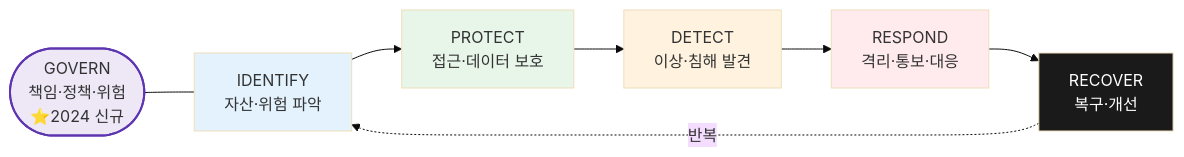
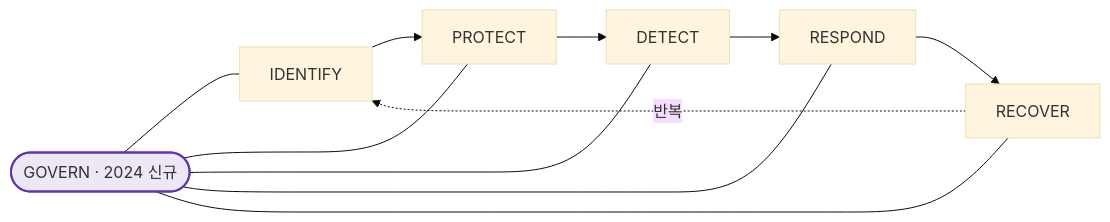
Before and after one commit to KMUTMU/information-security: the fifth of 5 diagrams in 01_보안개념_CIA_정리.md, drawn with Mermaid (base theme). The commit also changed other lines of this file and 5 other files, not shown here.

Commit message:
Mermaid 다이어그램 가독성 개선: 짧은 라벨·이모지 제거·색상 최소화

````diff
--- a/01_보안개념_CIA_정리.md
+++ b/01_보안개념_CIA_정리.md
@@ -182,16 +171,12 @@
 ```mermaid
 flowchart LR
-    G(["GOVERN<br/>책임·정책·위험<br/>⭐2024 신규"])
-    G --- ID["IDENTIFY<br/>자산·위험 파악"]
-    ID --> PR["PROTECT<br/>접근·데이터 보호"]
-    PR --> DE["DETECT<br/>이상·침해 발견"]
-    DE --> RE["RESPOND<br/>격리·통보·대응"]
-    RE --> RC["RECOVER<br/>복구·개선"]
+    ID["IDENTIFY"] --> PR["PROTECT"] --> DE["DETECT"] --> RE["RESPOND"] --> RC["RECOVER"]
     RC -.반복.-> ID
-    style G fill:#ede7f6,stroke:#5e35b1,stroke-width:2px
-    style ID fill:#e3f2fd
-    style PR fill:#e8f5e9
-    style DE fill:#fff3e0
-    style RE fill:#ffebee
-    style RC fill:#1a1a1a,color:#fff
+    G(["GOVERN · 2024 신규"]) --- ID
+    G --- PR
+    G --- DE
+    G --- RE
+    G --- RC
+    classDef key fill:#ede7f6,stroke:#5e35b1,stroke-width:2px
+    class G key
 ```
````
